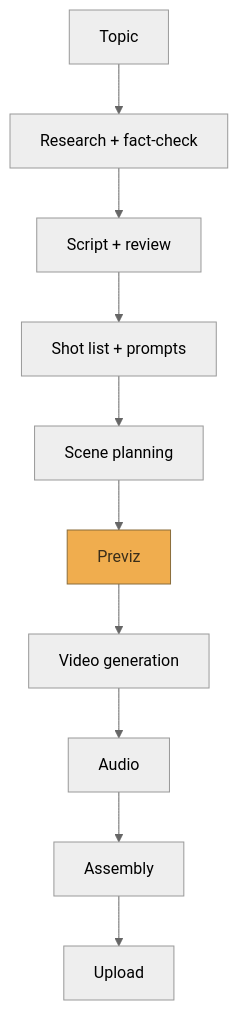
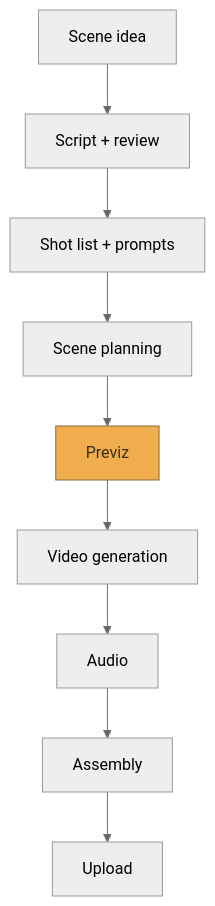
Before and after one commit to seanconwaydev/horror-video-ai: the diagram in docs/architecture.md, drawn with Mermaid (neutral theme). The commit also changed other lines of this file and 43 other files, not shown here.

````diff
--- a/docs/architecture.md
+++ b/docs/architecture.md
@@ -51,15 +51,14 @@
 ```mermaid
 flowchart TD
-    A[Topic] --> B[Research + fact-check]
-    B --> C[Script + review]
+    A[Scene idea] --> C[Script + review]
     C --> D[Shot list + prompts]
     D --> SP[Scene planning]
     SP --> E[Previz]
     E --> F[Video generation]
     F --> G[Audio]
     G --> H[Assembly]
     H --> I[Upload]
 
     classDef gate fill:#f0ad4e,stroke:#8a6d3b,color:#3a2e1a;
     class E gate;
 ```
````
